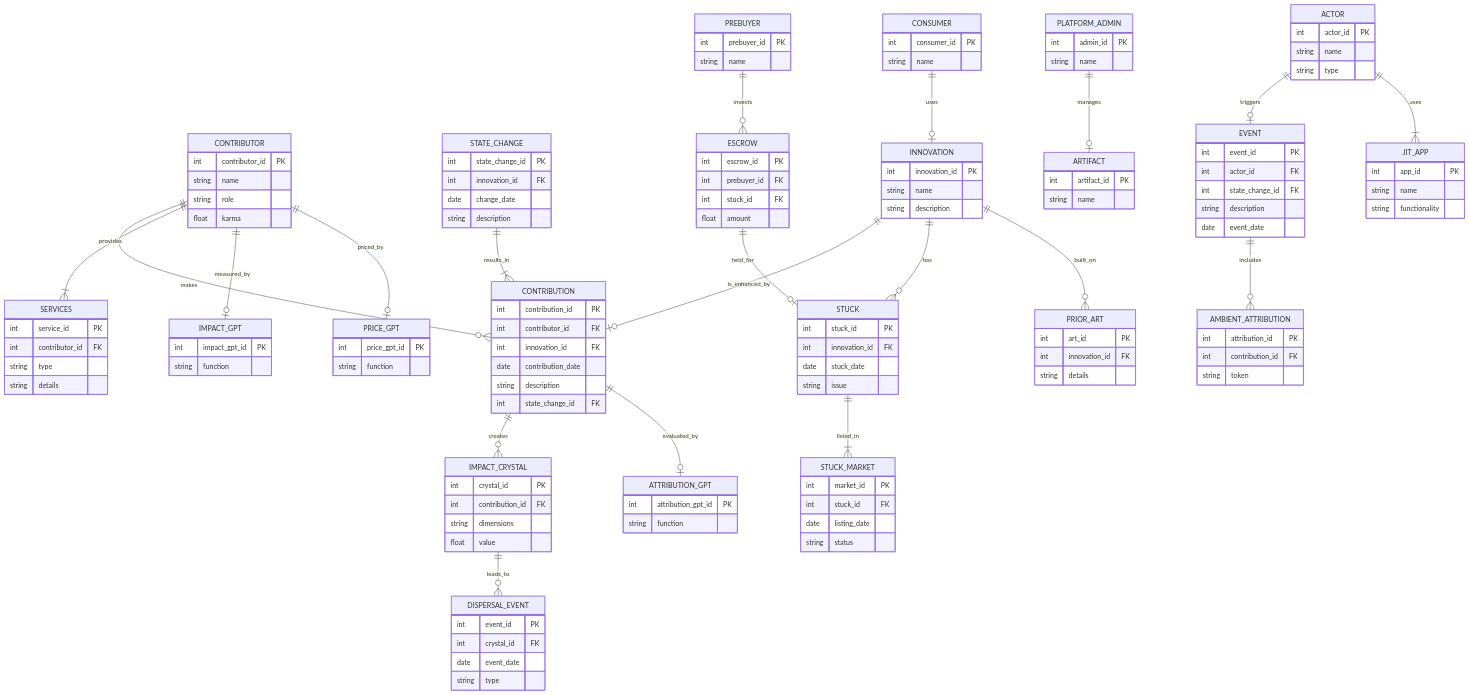
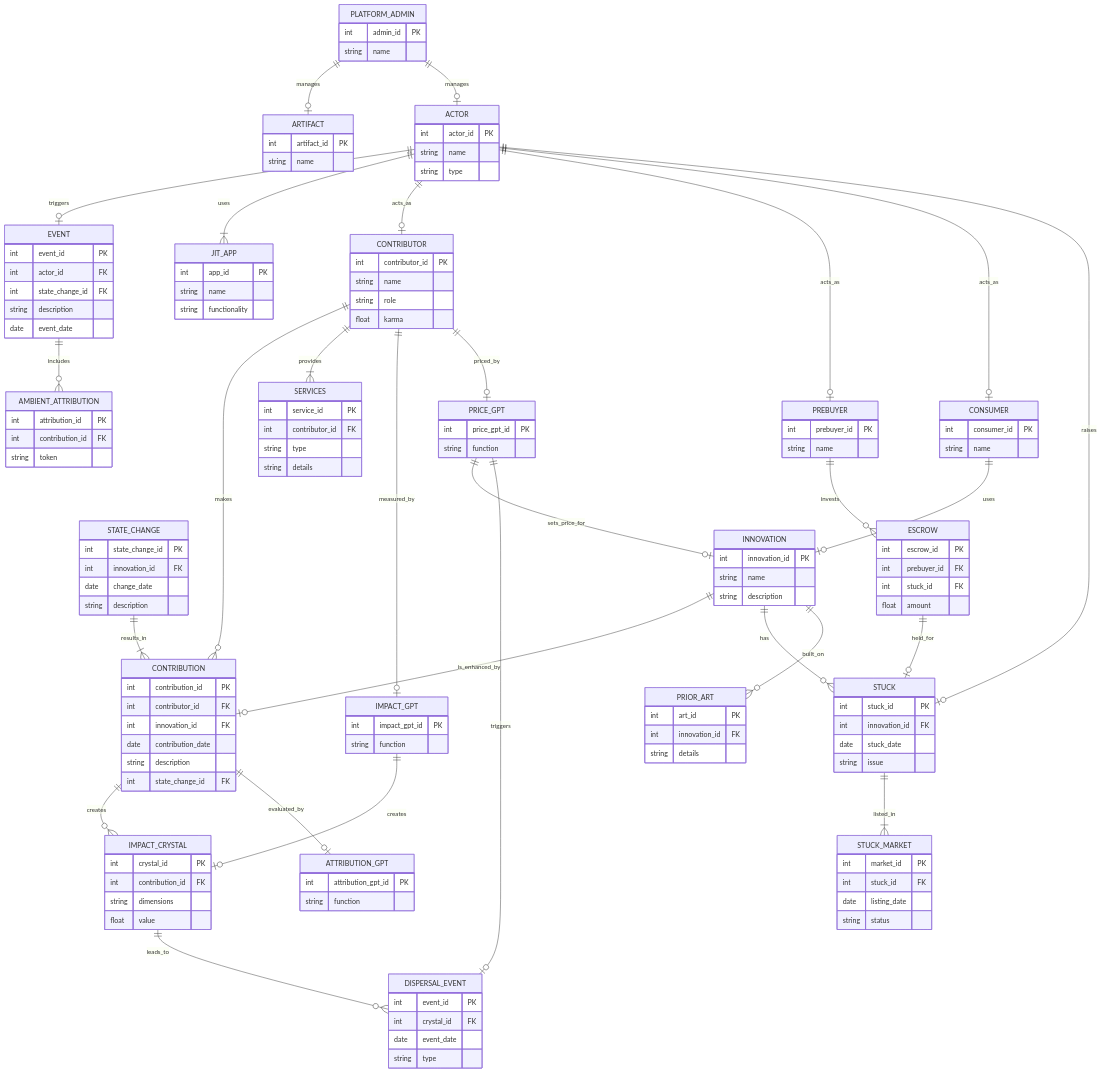
One commit to TartanMalcolm/Dreamcatching changed the diagram in Card Game/TracerBullet20/dreamcatcherBot.md. Above: the diagram before and after it, drawn with Mermaid. The commit also changed other lines of this file and 2 other files, not shown here.

````diff
--- a/Card Game/TracerBullet20/dreamcatcherBot.md
+++ b/Card Game/TracerBullet20/dreamcatcherBot.md
@@ -166,4 +165,13 @@
 CONTRIBUTION ||--o| ATTRIBUTION_GPT : "evaluated_by"
 CONTRIBUTOR ||--o| IMPACT_GPT : "measured_by"
 CONTRIBUTOR ||--o| PRICE_GPT : "priced_by"
+
+ACTOR ||--o| CONTRIBUTOR : "acts_as"
+ACTOR ||--o| PREBUYER : "acts_as"
+ACTOR ||--o| CONSUMER : "acts_as"
+PLATFORM_ADMIN ||--o| ACTOR : "manages"
+IMPACT_GPT ||--o| IMPACT_CRYSTAL : "creates"
+PRICE_GPT ||--o| INNOVATION : "sets_price_for"
+PRICE_GPT ||--o| DISPERSAL_EVENT : "triggers"
+ACTOR ||--o| STUCK : "raises"
 ```
````
